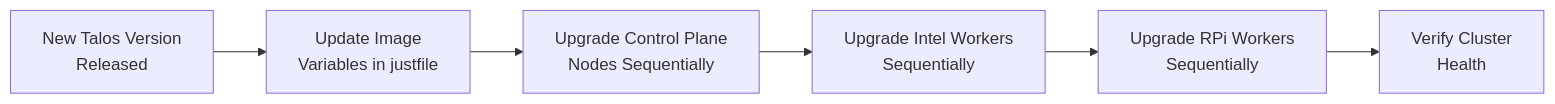
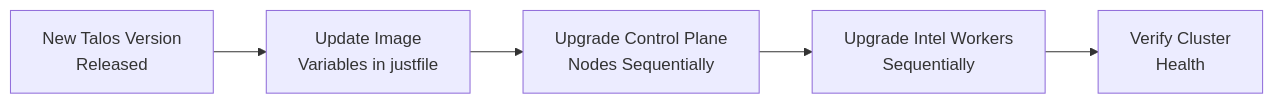
Before and after one commit to swibrow/home-ops: the diagram in docs/infrastructure/node-management.md, drawn with Mermaid. The commit also changed other lines of this file and 15 other files, not shown here.

````diff
--- a/docs/infrastructure/node-management.md
+++ b/docs/infrastructure/node-management.md
@@ -129,8 +128,7 @@
 ```mermaid
 flowchart LR
     A[New Talos Version<br/>Released] --> B[Update Image<br/>Variables in justfile]
     B --> C[Upgrade Control Plane<br/>Nodes Sequentially]
     C --> D[Upgrade Intel Workers<br/>Sequentially]
-    D --> E[Upgrade RPi Workers<br/>Sequentially]
-    E --> F[Verify Cluster<br/>Health]
+    D --> F[Verify Cluster<br/>Health]
 ```
````
